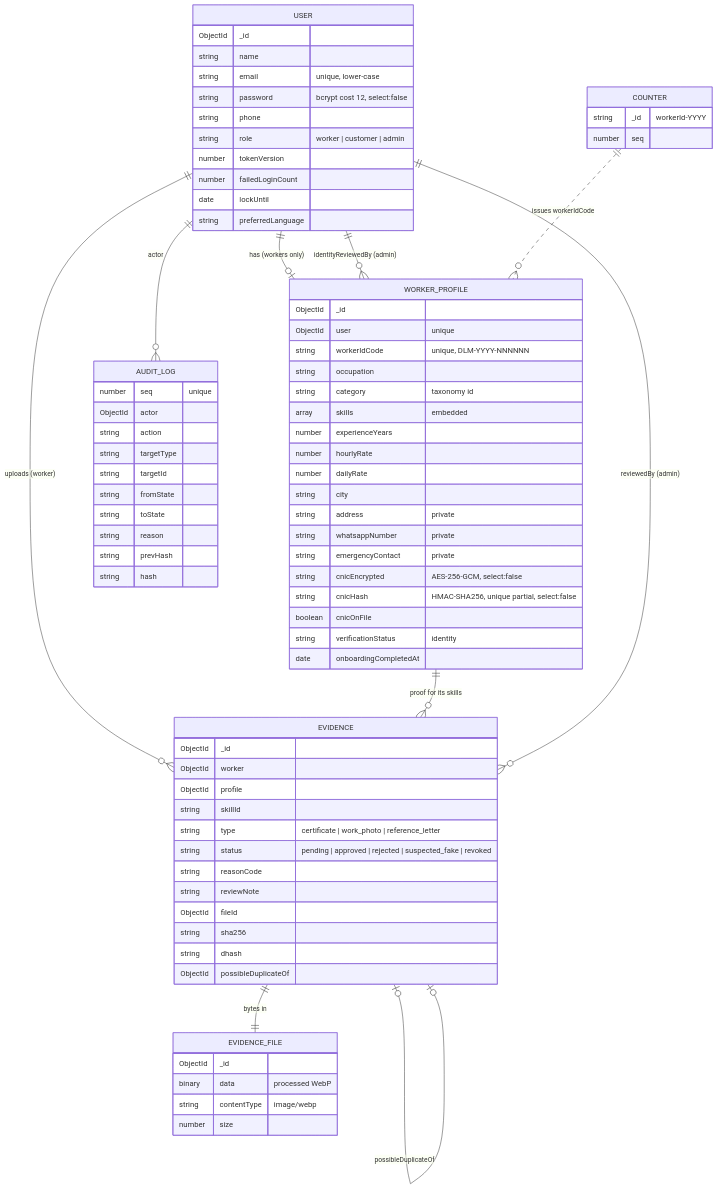
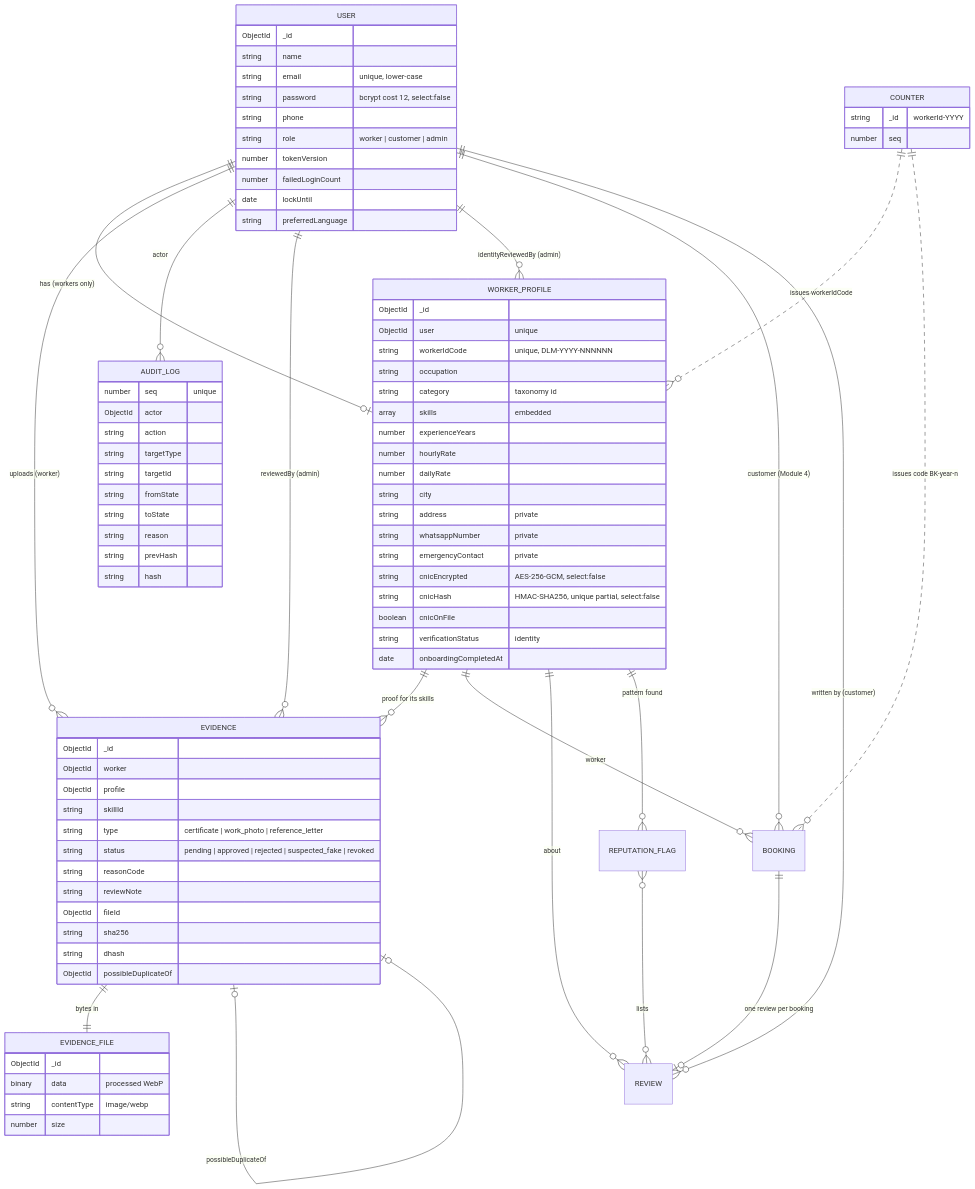
The diagram in docs/DATA-MODEL.md (muhammadshehrozdev/digital-labour-marketplace), drawn with Mermaid before and after one commit. The commit also changed other lines of this file and 20 other files, not shown here.

Commit message:
docs(module-4): module guide with SIMULATION tables, decisions D-037 to D-058, matching contract, data model, security, use cases, traceability, admin guide, demo script, manual test, pilot plan, text review; Help Centre guides (Batch 6, stage 8)

```diff
--- a/docs/DATA-MODEL.md
+++ b/docs/DATA-MODEL.md
@@ -16,6 +16,14 @@
   USER ||--o{ EVIDENCE : "reviewedBy (admin)"
   USER ||--o{ WORKER_PROFILE : "identityReviewedBy (admin)"
   COUNTER ||..o{ WORKER_PROFILE : "issues workerIdCode"
+  USER ||--o{ BOOKING : "customer (Module 4)"
+  WORKER_PROFILE ||--o{ BOOKING : "worker"
+  BOOKING ||--o| REVIEW : "one review per booking"
+  WORKER_PROFILE ||--o{ REVIEW : "about"
+  USER ||--o{ REVIEW : "written by (customer)"
+  WORKER_PROFILE ||--o{ REPUTATION_FLAG : "pattern found"
+  REPUTATION_FLAG }o--o{ REVIEW : "lists"
+  COUNTER ||..o{ BOOKING : "issues code BK-year-n"
 
   USER {
     ObjectId _id
```
